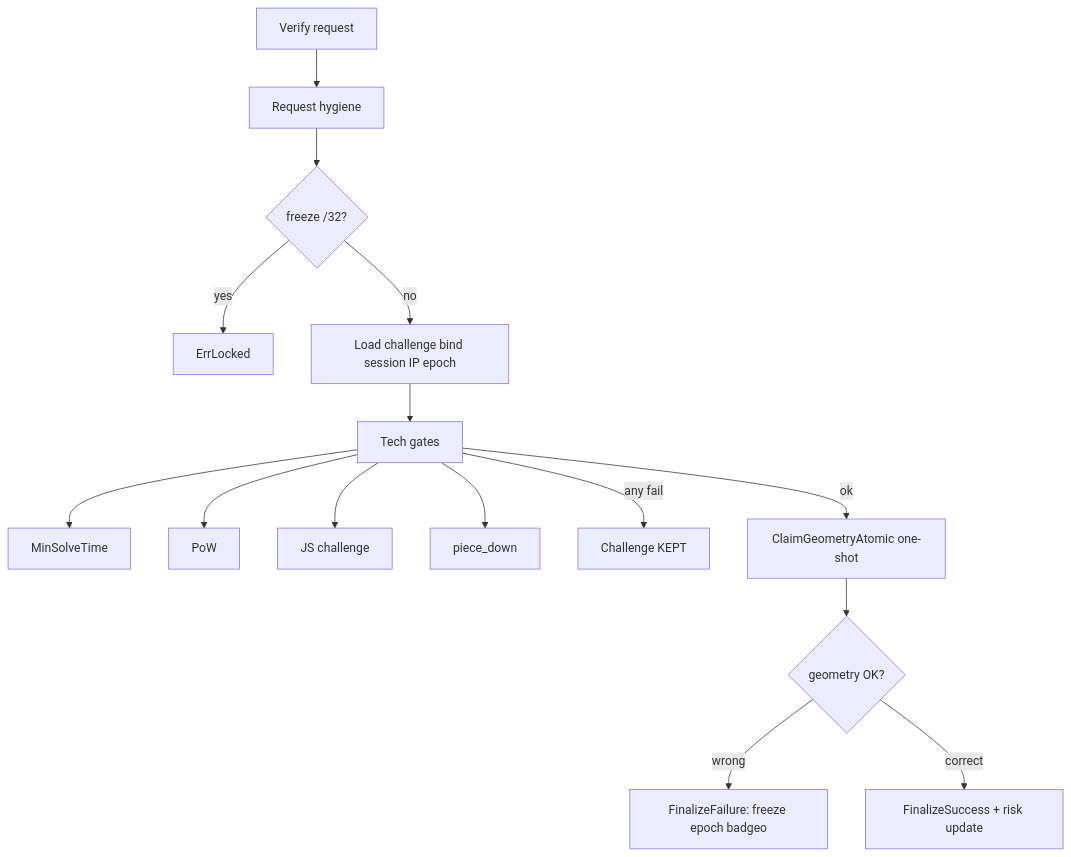
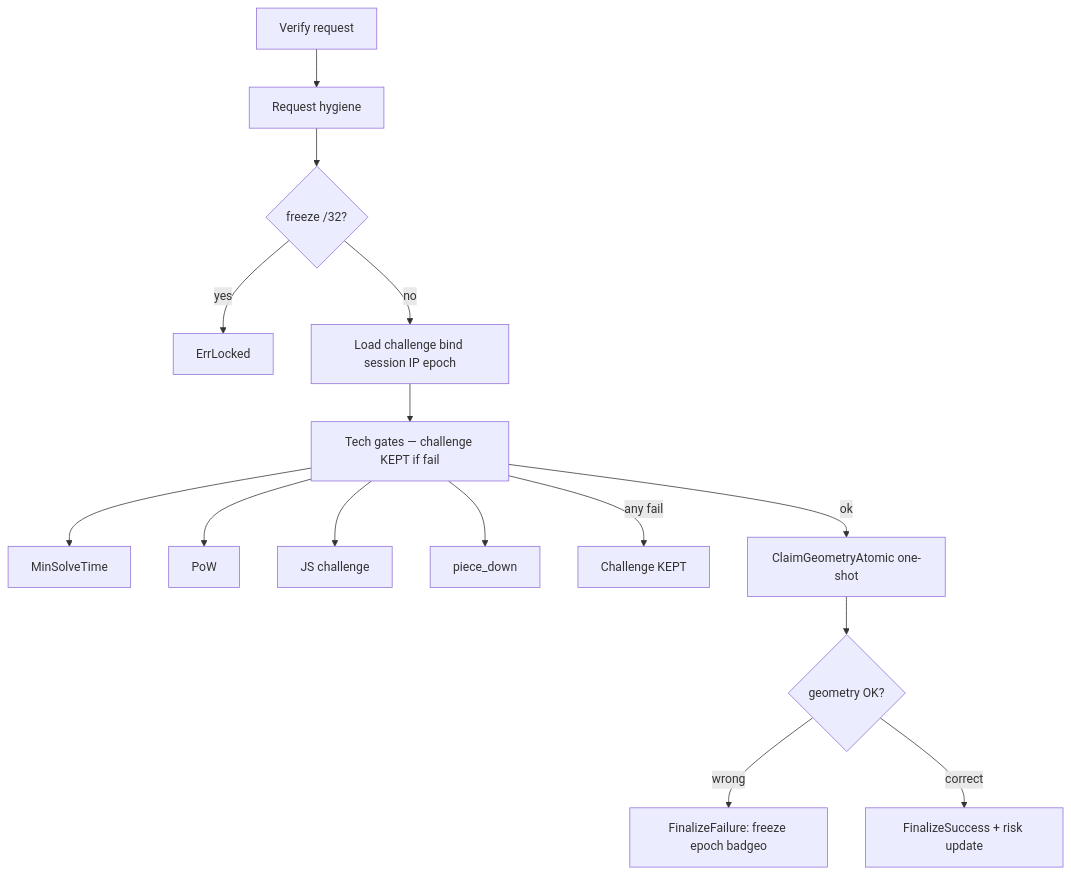
The fourth of 5 diagrams in v2/antibot/README.md (feerichnii/go-captcha), drawn with Mermaid before and after one commit. The commit also changed other lines of this file, not shown here.

First line of the commit message:
docs: map AntiBot checks by stage with architecture diagrams

````diff
--- a/v2/antibot/README.md
+++ b/v2/antibot/README.md
@@ -80,17 +135,17 @@
 ```mermaid
 flowchart TD
   start[Verify request] --> hygiene[Request hygiene]
   hygiene --> freeze{freeze /32?}
   freeze -->|yes| locked[ErrLocked]
   freeze -->|no| load[Load challenge bind session IP epoch]
-  load --> tech[Tech gates]
+  load --> tech[Tech gates — challenge KEPT if fail]
   tech --> tooFast[MinSolveTime]
   tech --> pow[PoW]
   tech --> js[JS challenge]
   tech --> piece[piece_down]
   tech -->|any fail| kept[Challenge KEPT]
   tech -->|ok| claim[ClaimGeometryAtomic one-shot]
   claim --> geo{geometry OK?}
   geo -->|wrong| fail[FinalizeFailure: freeze epoch badgeo]
   geo -->|correct| ok[FinalizeSuccess + risk update]
 ```
````
